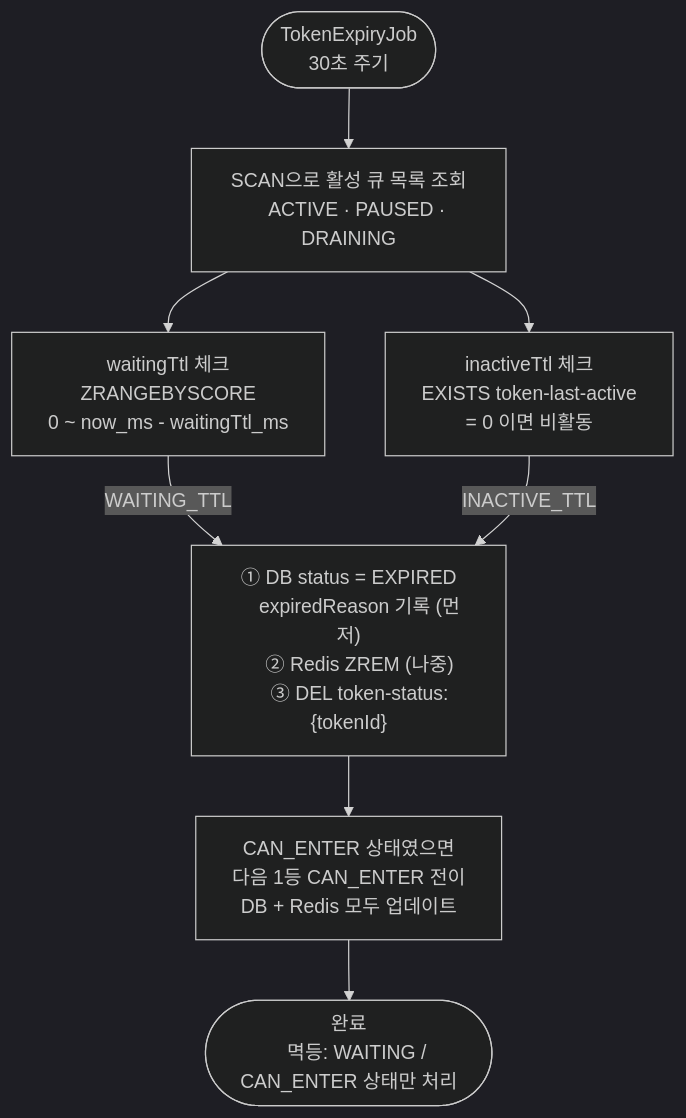
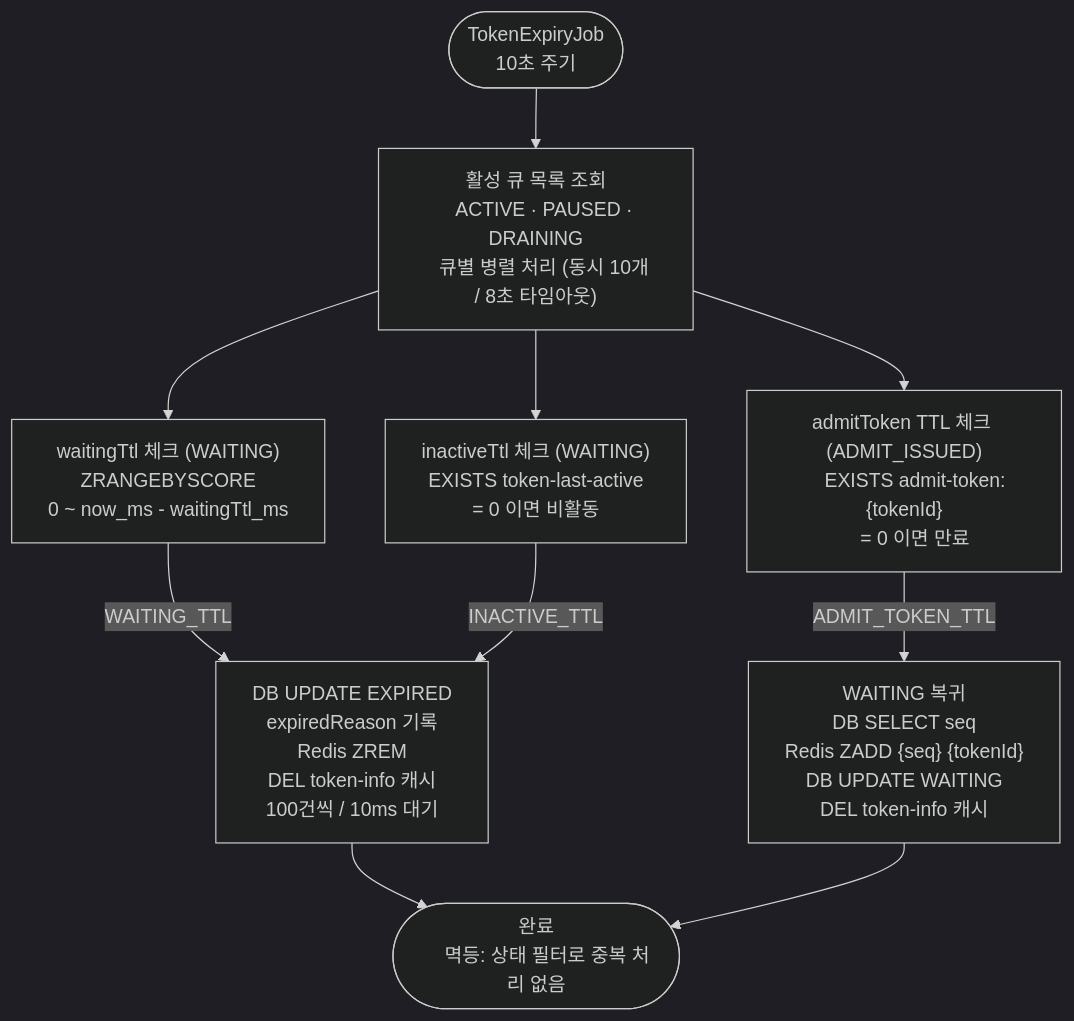
The fifth of 6 diagrams in doc/FLOW.md (S-Onix/queue-platform), drawn with Mermaid (dark theme) before and after one commit. The commit also changed other lines of this file and 4 other files, not shown here.

````diff
--- a/doc/FLOW.md
+++ b/doc/FLOW.md
@@ -192,29 +200,37 @@
 ```mermaid
 flowchart TD
     JOB(["TokenExpiryJob
-    30초 주기"])
-    --> ALIST["SCAN으로 활성 큐 목록 조회
-    ACTIVE · PAUSED · DRAINING"]
+    10초 주기"])
+    --> ALIST["활성 큐 목록 조회
+    ACTIVE · PAUSED · DRAINING
+    큐별 병렬 처리 (동시 10개 / 8초 타임아웃)"]
 
-    ALIST --> W1 & W2
+    ALIST --> W1 & W2 & W3
 
-    W1["waitingTtl 체크
+    W1["waitingTtl 체크 (WAITING)
     ZRANGEBYSCORE
     0 ~ now_ms - waitingTtl_ms"]
-    W2["inactiveTtl 체크
+    W2["inactiveTtl 체크 (WAITING)
     EXISTS token-last-active
     = 0 이면 비활동"]
+    W3["admitToken TTL 체크 (ADMIT_ISSUED)
+    EXISTS admit-token:{tokenId}
+    = 0 이면 만료"]
 
-    W1 -->|"WAITING_TTL"| EXP
+    W1 -->|"WAITING_TTL"| EXP["DB UPDATE EXPIRED
+    expiredReason 기록
+    Redis ZREM
+    DEL token-info 캐시
+    100건씩 / 10ms 대기"]
     W2 -->|"INACTIVE_TTL"| EXP
 
-    EXP["① DB status = EXPIRED
-    expiredReason 기록 (먼저)
-    ② Redis ZREM (나중)
-    ③ DEL token-status:{tokenId}"]
-    --> CE["CAN_ENTER 상태였으면
-    다음 1등 CAN_ENTER 전이
-    DB + Redis 모두 업데이트"]
-    --> DONE(["완료
-    멱등: WAITING / CAN_ENTER 상태만 처리"])
+    W3 -->|"ADMIT_TOKEN_TTL"| BACK["WAITING 복귀
+    DB SELECT seq
+    Redis ZADD {seq} {tokenId}
+    DB UPDATE WAITING
+    DEL token-info 캐시"]
+
+    EXP --> DONE(["완료
+    멱등: 상태 필터로 중복 처리 없음"])
+    BACK --> DONE
 ```
````
